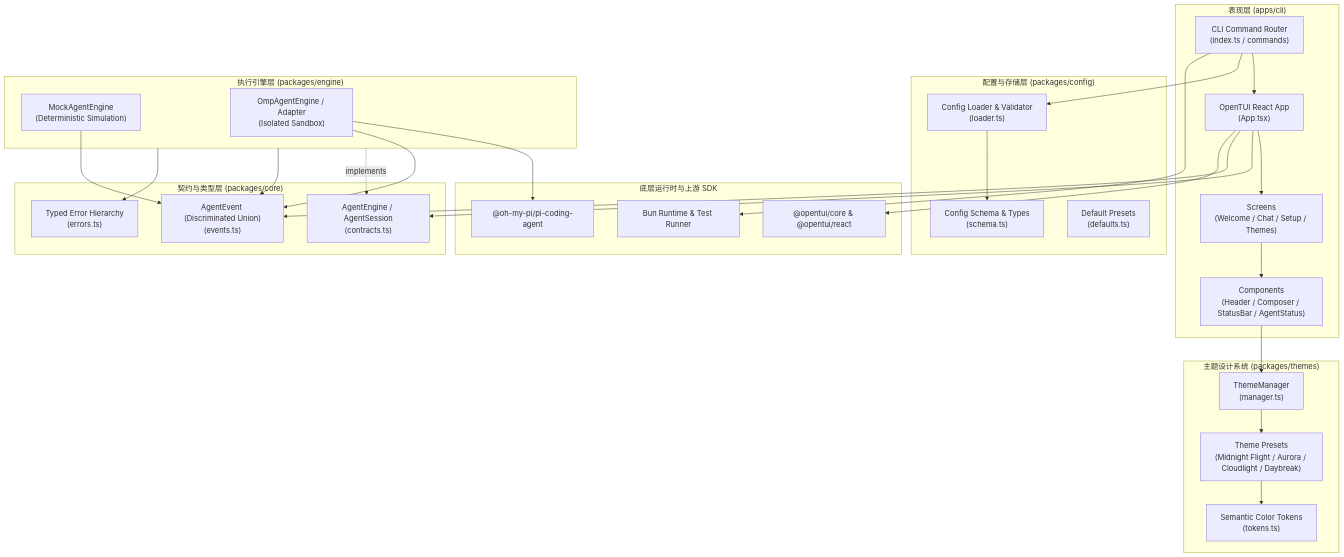
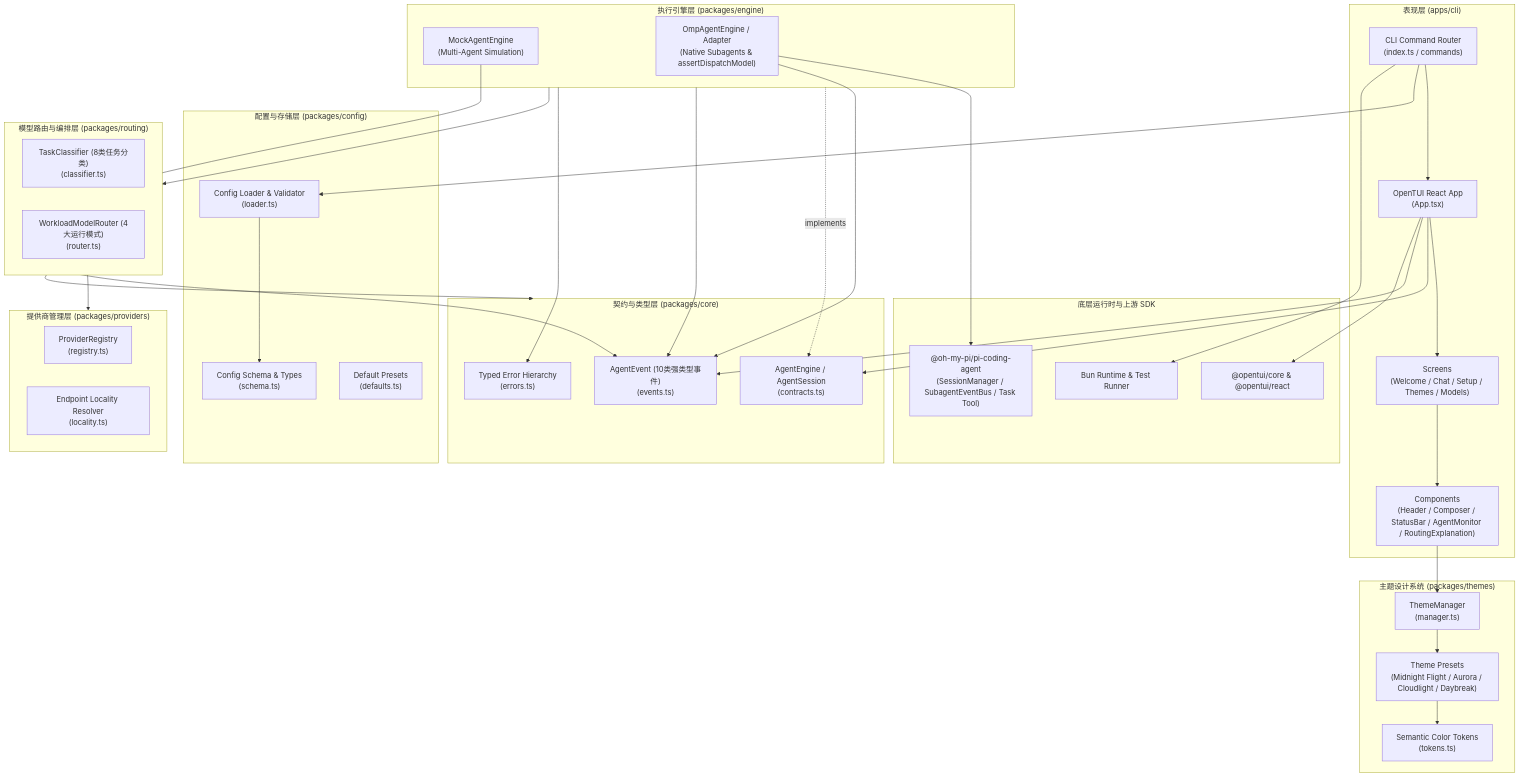
Before and after one commit to Aoody743/nightglide-cli: the first of 2 diagrams in docs/ARCHITECTURE.md, drawn with Mermaid. The commit also changed other lines of this file and 8 other files, not shown here.

Commit message:
test: verify multi-provider agent collaboration

````diff
--- a/docs/ARCHITECTURE.md
+++ b/docs/ARCHITECTURE.md
@@ -26,61 +30,75 @@
 ```mermaid
 flowchart TD
     subgraph UI ["表现层 (apps/cli)"]
         CLI["CLI Command Router\n(index.ts / commands)"]
         App["OpenTUI React App\n(App.tsx)"]
-        Screens["Screens\n(Welcome / Chat / Setup / Themes)"]
-        Components["Components\n(Header / Composer / StatusBar / AgentStatus)"]
+        Screens["Screens\n(Welcome / Chat / Setup / Themes / Models)"]
+        Components["Components\n(Header / Composer / StatusBar / AgentMonitor / RoutingExplanation)"]
     end
 
     subgraph Core ["契约与类型层 (packages/core)"]
         Contracts["AgentEngine / AgentSession\n(contracts.ts)"]
-        Events["AgentEvent (Discriminated Union)\n(events.ts)"]
+        Events["AgentEvent (10类强类型事件)\n(events.ts)"]
         Errors["Typed Error Hierarchy\n(errors.ts)"]
+    end
+
+    subgraph ProvidersPkg ["提供商管理层 (packages/providers)"]
+        ProviderRegistry["ProviderRegistry\n(registry.ts)"]
+        LocalityChecker["Endpoint Locality Resolver\n(locality.ts)"]
+    end
+
+    subgraph RoutingPkg ["模型路由与编排层 (packages/routing)"]
+        TaskClassifier["TaskClassifier (8类任务分类)\n(classifier.ts)"]
+        ModelRouter["WorkloadModelRouter (4大运行模式)\n(router.ts)"]
     end
 
     subgraph Themes ["主题设计系统 (packages/themes)"]
         Tokens["Semantic Color Tokens\n(tokens.ts)"]
         ThemePresets["Theme Presets\n(Midnight Flight / Aurora / Cloudlight / Daybreak)"]
         ThemeMgr["ThemeManager\n(manager.ts)"]
     end
 
     subgraph Config ["配置与存储层 (packages/config)"]
         Schema["Config Schema & Types\n(schema.ts)"]
         Loader["Config Loader & Validator\n(loader.ts)"]
         Defaults["Default Presets\n(defaults.ts)"]
     end
 
     subgraph Engine ["执行引擎层 (packages/engine)"]
-        MockEngine["MockAgentEngine\n(Deterministic Simulation)"]
-        OMPAdapter["OmpAgentEngine / Adapter\n(Isolated Sandbox)"]
+        MockEngine["MockAgentEngine\n(Multi-Agent Simulation)"]
+        OMPAdapter["OmpAgentEngine / Adapter\n(Native Subagents & assertDispatchModel)"]
     end
 
     subgraph Upstream ["底层运行时与上游 SDK"]
-        OMPSDK["@oh-my-pi/pi-coding-agent"]
+        OMPSDK["@oh-my-pi/pi-coding-agent\n(SessionManager / SubagentEventBus / Task Tool)"]
         OpenTUI["@opentui/core & @opentui/react"]
         BunRuntime["Bun Runtime & Test Runner"]
     end
 
     CLI --> App
     App --> Screens
     Screens --> Components
     Components --> ThemeMgr
     ThemeMgr --> ThemePresets
     ThemePresets --> Tokens
 
     App --> Contracts
     App --> Events
     CLI --> Loader
     Loader --> Schema
 
     Engine -.implements.-> Contracts
     Engine --> Events
     Engine --> Errors
 
+    RoutingPkg --> ProvidersPkg
+    RoutingPkg --> Core
+    Engine --> RoutingPkg
+
     MockEngine --> Events
     OMPAdapter --> OMPSDK
     OMPAdapter --> Events
 
     App --> OpenTUI
     CLI --> BunRuntime
 ```
````
